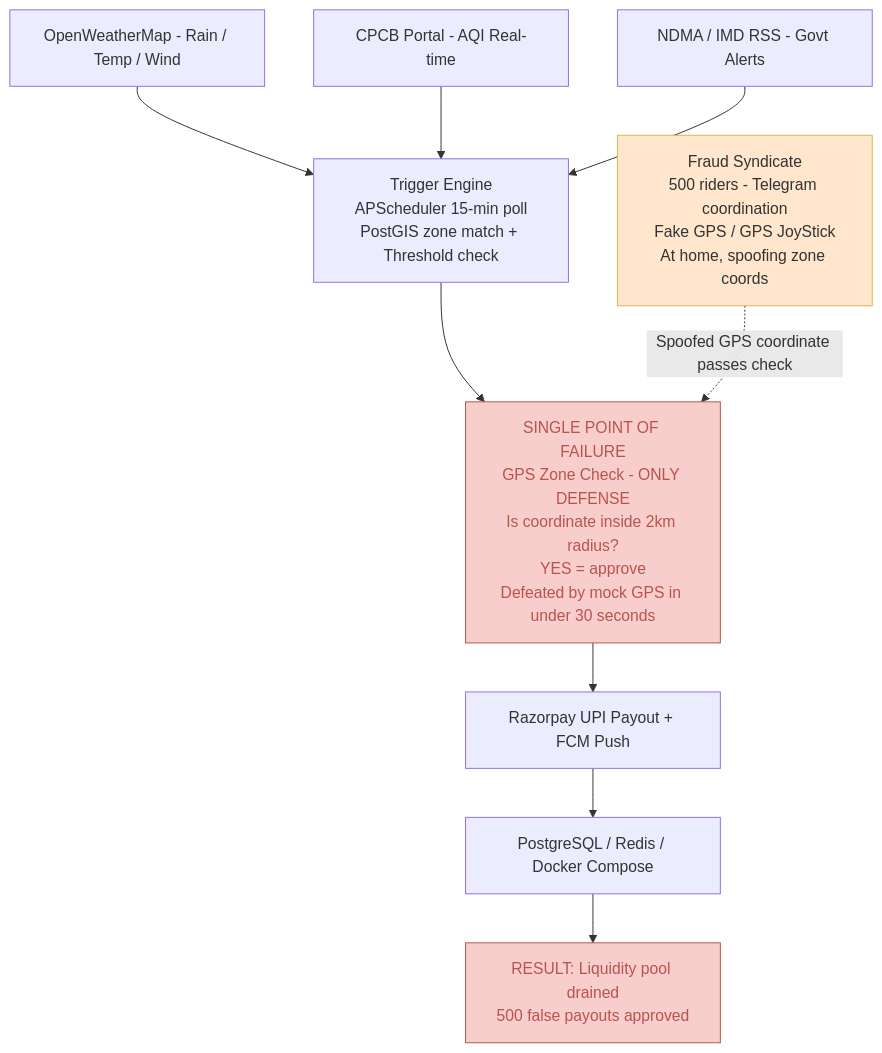
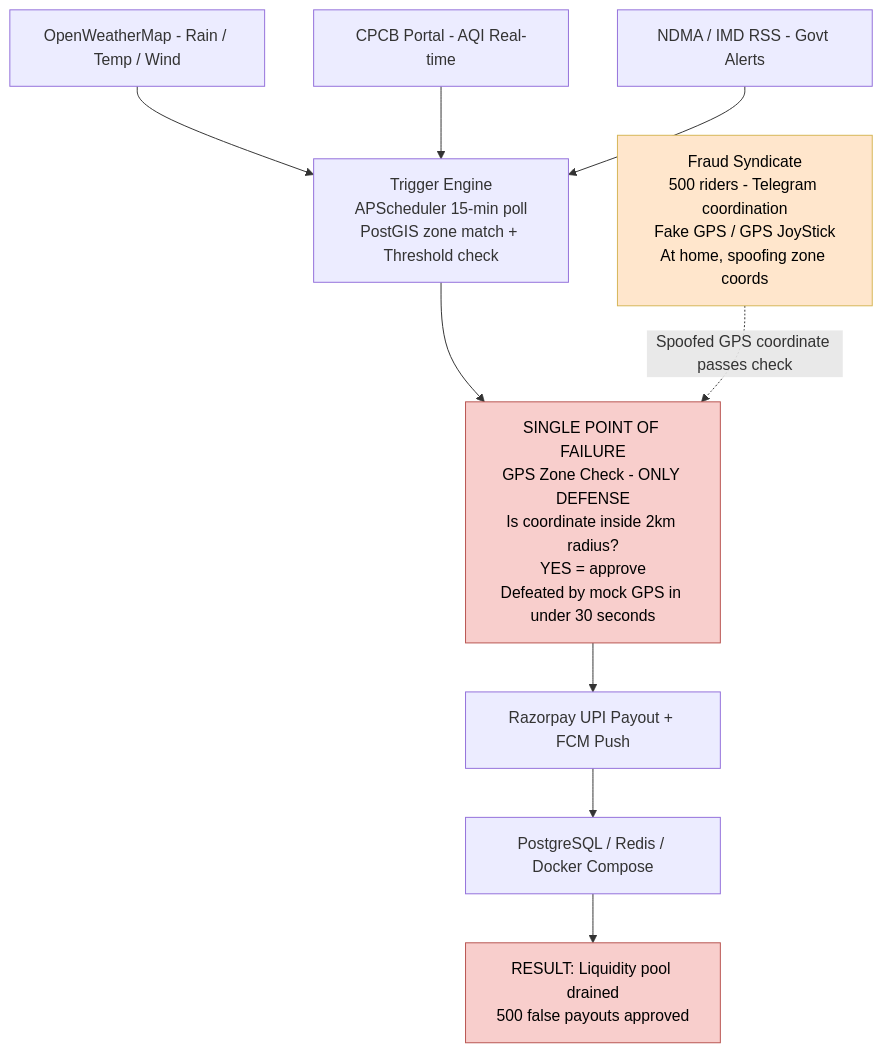
Before and after one commit to Dhruvvv-26/GigShield-Parametric-Income-Protection: the first of 2 diagrams in README.md, drawn with Mermaid. The commit also changed other lines of this file, not shown here.

Commit message:
Fix Mermaid text colors for dark mode visibility

````diff
--- a/README.md
+++ b/README.md
@@ -369,36 +369,36 @@
 ```mermaid
 flowchart TD
     OWM["OpenWeatherMap - Rain / Temp / Wind"]
     CPCB["CPCB Portal - AQI Real-time"]
     NDMA["NDMA / IMD RSS - Govt Alerts"]
 
     OWM --> TRIGGER
     CPCB --> TRIGGER
     NDMA --> TRIGGER
 
     TRIGGER["Trigger Engine\nAPScheduler 15-min poll\nPostGIS zone match + Threshold check"]
 
     TRIGGER --> GPSCHECK
 
     FRAUD["Fraud Syndicate\n500 riders - Telegram coordination\nFake GPS / GPS JoyStick\nAt home, spoofing zone coords"]
 
     FRAUD -. "Spoofed GPS coordinate passes check" .-> GPSCHECK
 
     GPSCHECK["SINGLE POINT OF FAILURE\nGPS Zone Check - ONLY DEFENSE\nIs coordinate inside 2km radius?\nYES = approve\nDefeated by mock GPS in under 30 seconds"]
 
     GPSCHECK --> PAYOUT
 
     PAYOUT["Razorpay UPI Payout + FCM Push"]
 
     PAYOUT --> DB
 
     DB["PostgreSQL / Redis / Docker Compose"]
 
     DB --> RESULT
 
     RESULT["RESULT: Liquidity pool drained\n500 false payouts approved"]
 
-    style GPSCHECK fill:#f8cecc,stroke:#b85450,color:#b85450
-    style RESULT fill:#f8cecc,stroke:#b85450,color:#b85450
-    style FRAUD fill:#ffe6cc,stroke:#d6b656
+    style GPSCHECK fill:#f8cecc,stroke:#b85450,color:#000000
+    style RESULT fill:#f8cecc,stroke:#b85450,color:#000000
+    style FRAUD fill:#ffe6cc,stroke:#d6b656,color:#000000
 ```
````
